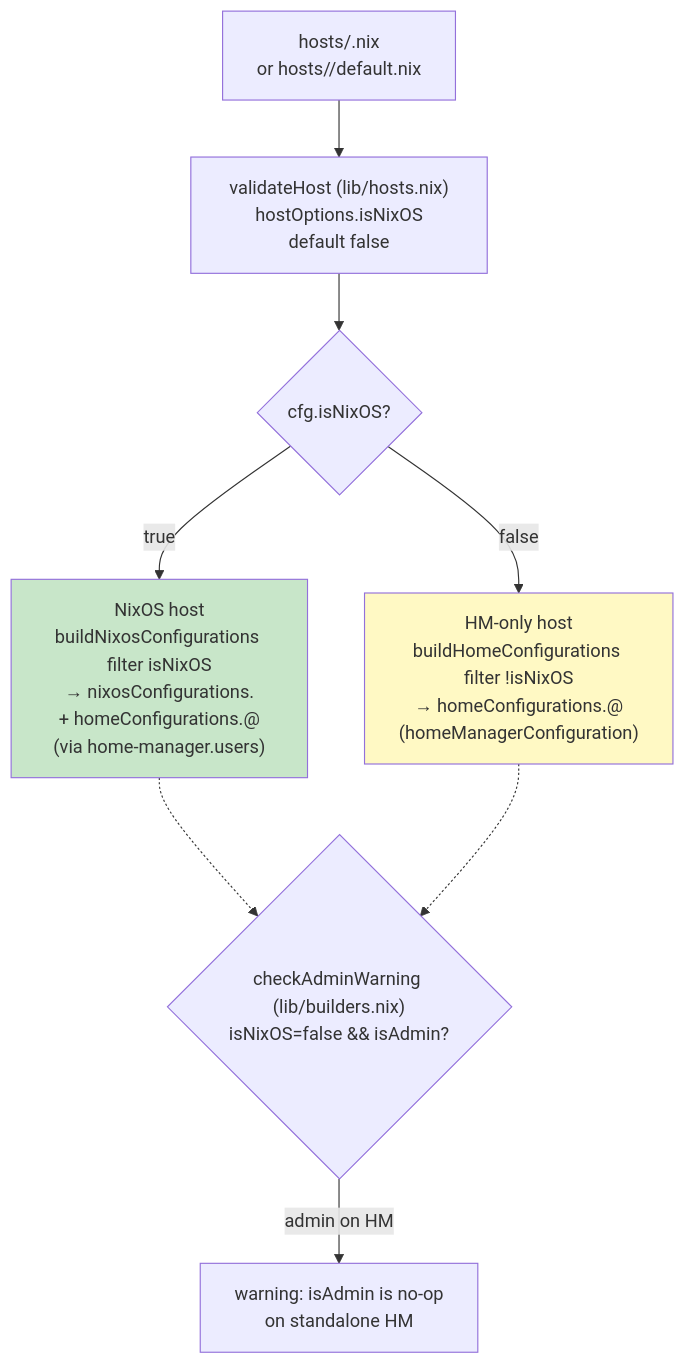
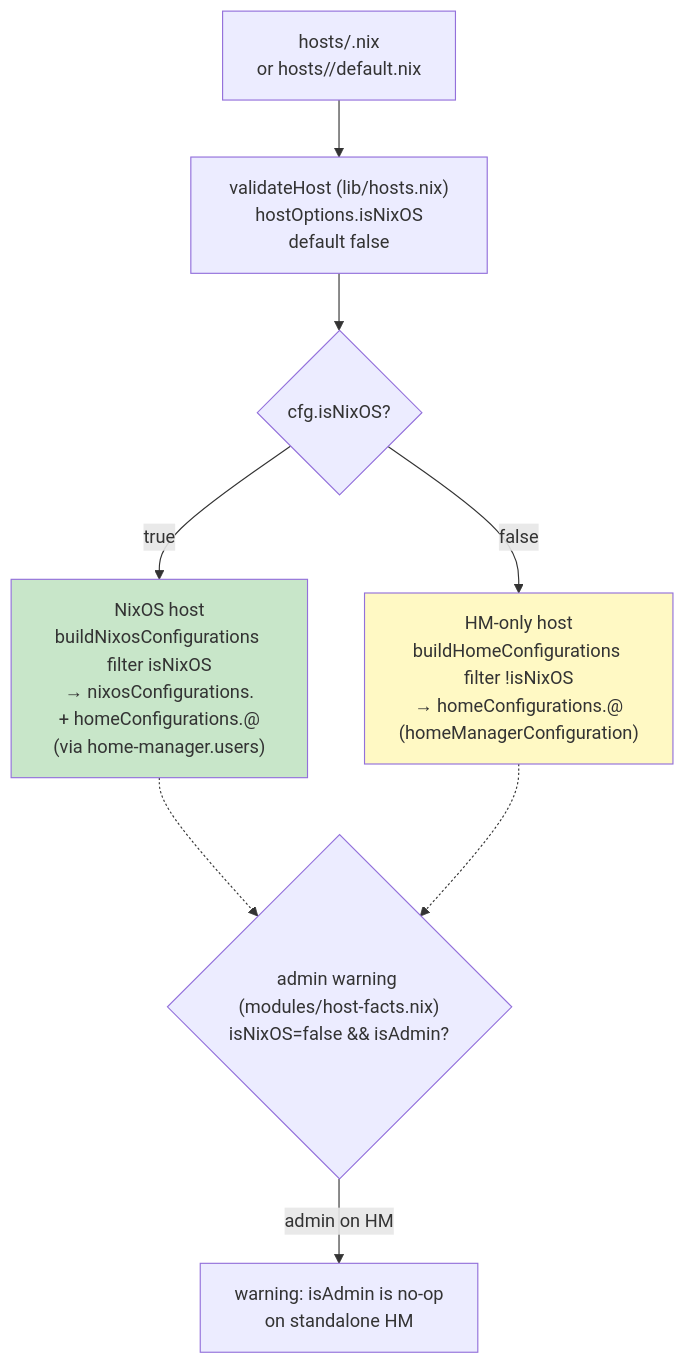
One commit to WombatFromHell/automatic-palm-tree changed the third of 7 diagrams in DESIGN.md. Above: the diagram before and after it, drawn with Mermaid. The commit also changed other lines of this file and 49 other files, not shown here.

````diff
--- a/DESIGN.md
+++ b/DESIGN.md
@@ -123,14 +120,14 @@
 ```mermaid
 flowchart TD
     f["hosts/<name>.nix\nor hosts/<name>/default.nix"] --> v["validateHost (lib/hosts.nix)\n hostOptions.isNixOS default false"]
     v --> q{"cfg.isNixOS?"}
     q -->|true| N["NixOS host\nbuildNixosConfigurations filter isNixOS\n→ nixosConfigurations.<name>\n+ homeConfigurations.<user>@<name>\n(via home-manager.users)"]
     q -->|false| H["HM-only host\nbuildHomeConfigurations filter !isNixOS\n→ homeConfigurations.<user>@<name>\n(homeManagerConfiguration)"]
 
-    N -.-> warnCheck{"checkAdminWarning (lib/builders.nix)\nisNixOS=false && isAdmin?"}
+    N -.-> warnCheck{"admin warning (modules/host-facts.nix)\nisNixOS=false && isAdmin?"}
     H -.-> warnCheck
     warnCheck -->|admin on HM| warn["warning: isAdmin is no-op\non standalone HM"]
 
     style N fill:#c8e6c9
     style H fill:#fff9c4
 ```
````
